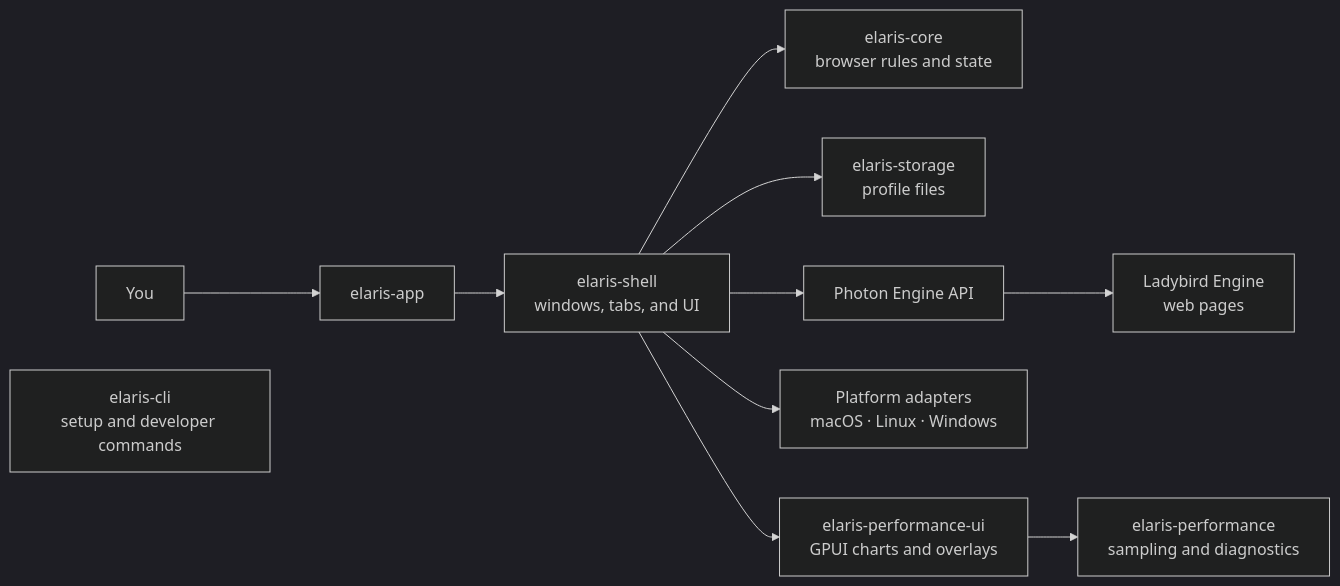
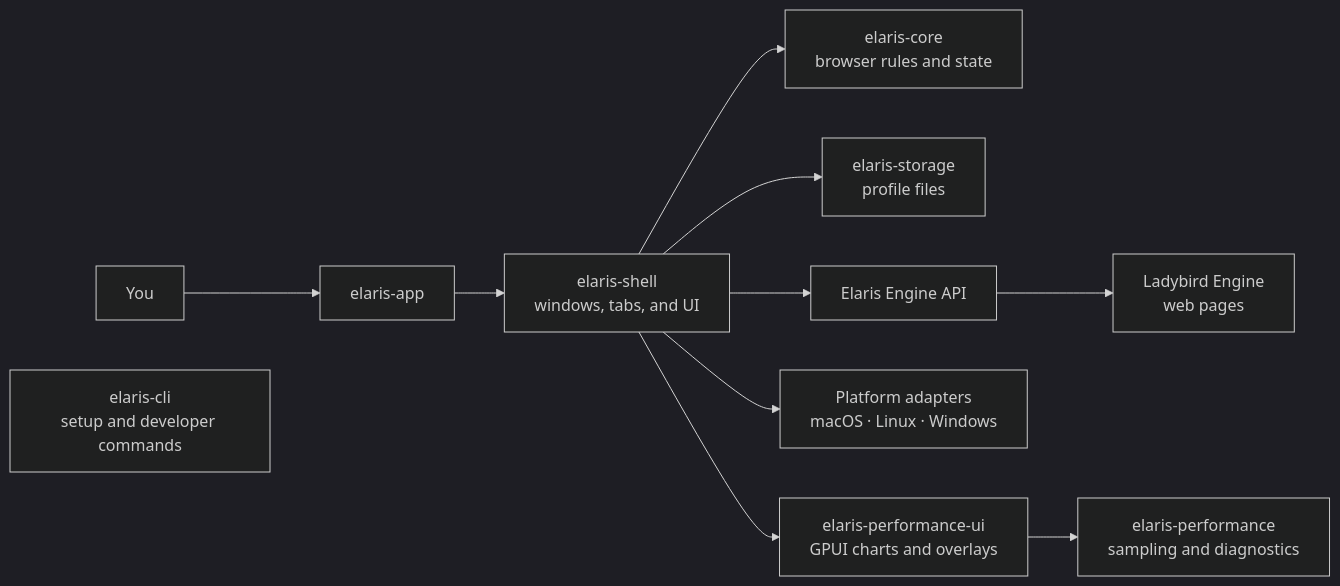
Before and after one commit to elarisbrowser/elaris: the diagram in README.md, drawn with Mermaid (dark theme). The commit also changed other lines of this file and 60 other files, not shown here.

````diff
--- a/README.md
+++ b/README.md
@@ -57,13 +57,13 @@
 ```mermaid
 flowchart LR
     User[You] --> App[elaris-app]
     App --> Shell[elaris-shell<br/>windows, tabs, and UI]
     Shell --> Core[elaris-core<br/>browser rules and state]
     Shell --> Storage[elaris-storage<br/>profile files]
-    Shell --> Embedder[Photon Engine API]
+    Shell --> Embedder[Elaris Engine API]
     Embedder --> Engine[Ladybird Engine<br/>web pages]
     Shell --> Platform[Platform adapters<br/>macOS · Linux · Windows]
     Shell --> PerfUI[elaris-performance-ui<br/>GPUI charts and overlays]
     PerfUI --> Perf[elaris-performance<br/>sampling and diagnostics]
     CLI[elaris-cli<br/>setup and developer commands]
 ```
````
